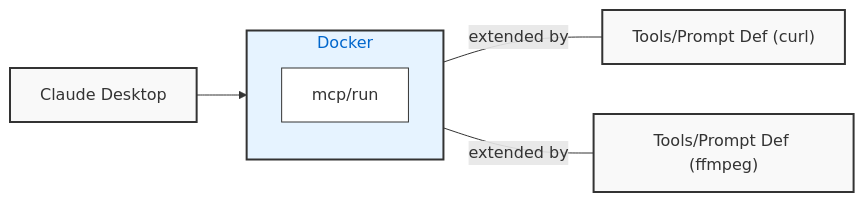
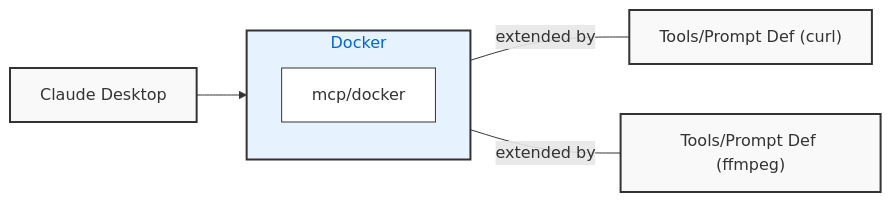
The diagram in docs/content/tools/_index.md (docker/labs-ai-tools-for-devs), drawn with Mermaid before and after one commit. The commit also changed other lines of this file and 9 other files, not shown here.

````diff
--- a/docs/content/tools/_index.md
+++ b/docs/content/tools/_index.md
@@ -14,15 +14,15 @@
 ```mermaid
 flowchart LR
     desktop["Claude Desktop"]
     subgraph docker["Docker"]
-        mcp["mcp/run"]
+        mcp["mcp/docker"]
     end
     desktop --> docker
     docker -- extended by --- box1["Tools/Prompt Def (curl)"]
     docker -- extended by --- box2["Tools/Prompt Def (ffmpeg)"]
     style desktop fill:#f9f9f9,stroke:#333,stroke-width:2px
     style docker fill:#e6f3ff,stroke:#333,stroke-width:2px,color:#0066cc
     style mcp fill:#fff,stroke:#333,stroke-width:1px
     style box1 fill:#f9f9f9,stroke:#333,stroke-width:2px
     style box2 fill:#f9f9f9,stroke:#333,stroke-width:2px
 ```
````
